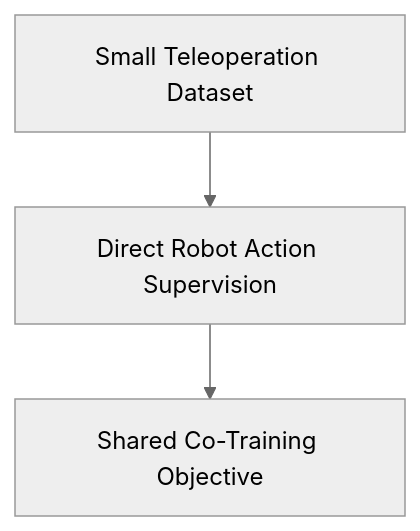
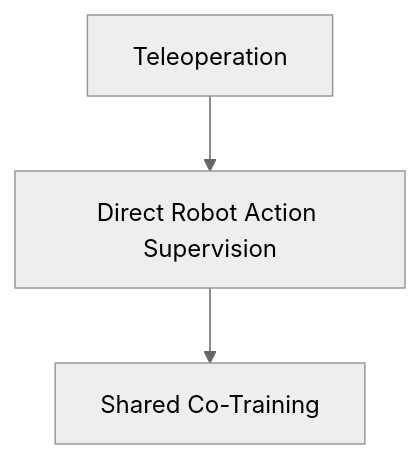
One commit to Freelunch-AI/freelunch-ide changed the fourth of 13 diagrams in docs/specs/post-demo/lunch_robotics.md. Above: the diagram before and after it, drawn with Mermaid (neutral theme). The commit also changed other lines of this file, not shown here.

````diff
--- a/docs/specs/post-demo/lunch_robotics.md
+++ b/docs/specs/post-demo/lunch_robotics.md
@@ -464,7 +276,7 @@
 ```mermaid
 flowchart TD
-    A["Small Teleoperation Dataset"]
+    A["Teleoperation"]
     --> B["Direct Robot Action Supervision"]
 
-    B --> C["Shared Co-Training Objective"]
+    B --> C["Shared Co-Training"]
 ```
````
